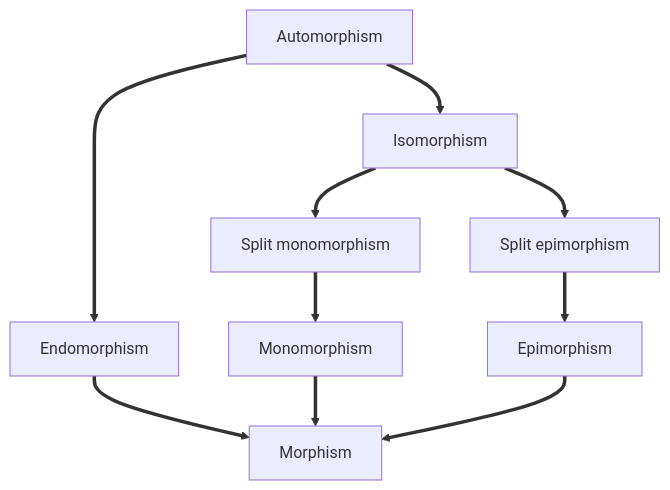
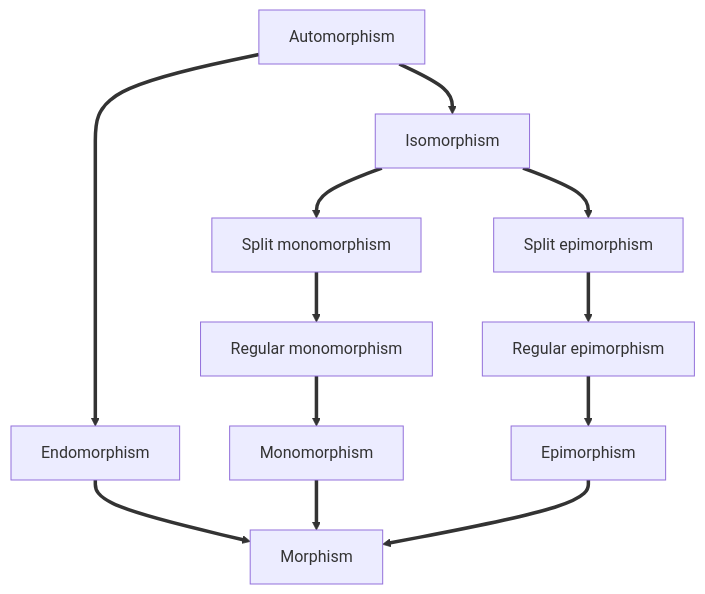
Before and after one commit to jajaperson/PKM: the diagram in Vault/Zen/Morphism.md, drawn with Mermaid. The commit also changed 63 other files, not shown here.

````diff
--- a/Vault/Zen/Morphism.md
+++ b/Vault/Zen/Morphism.md
@@ -17,16 +17,18 @@
 ```mermaid
 graph TD;
     Automorphism:::internal-link
     Isomorphism:::internal-link
     Endomorphism:::internal-link
     SMonomorphism[Split monomorphism]:::internal-link
     SEpimorphism[Split epimorphism]:::internal-link
+    RMonomorphism[Regular monomorphism]:::internal-link
+    REpimorphism[Regular epimorphism]:::internal-link
     Monomorphism:::internal-link
     Epimorphism:::internal-link
     Morphism:::internal-link
 
     Automorphism==>Endomorphism==>Morphism
     Automorphism==>Isomorphism
-    Isomorphism==>SMonomorphism==>Monomorphism==>Morphism
-    Isomorphism==>SEpimorphism==>Epimorphism==>Morphism
+    Isomorphism==>SMonomorphism==>RMonomorphism==>Monomorphism==>Morphism
+    Isomorphism==>SEpimorphism==>REpimorphism==>Epimorphism==>Morphism
 ```
````
